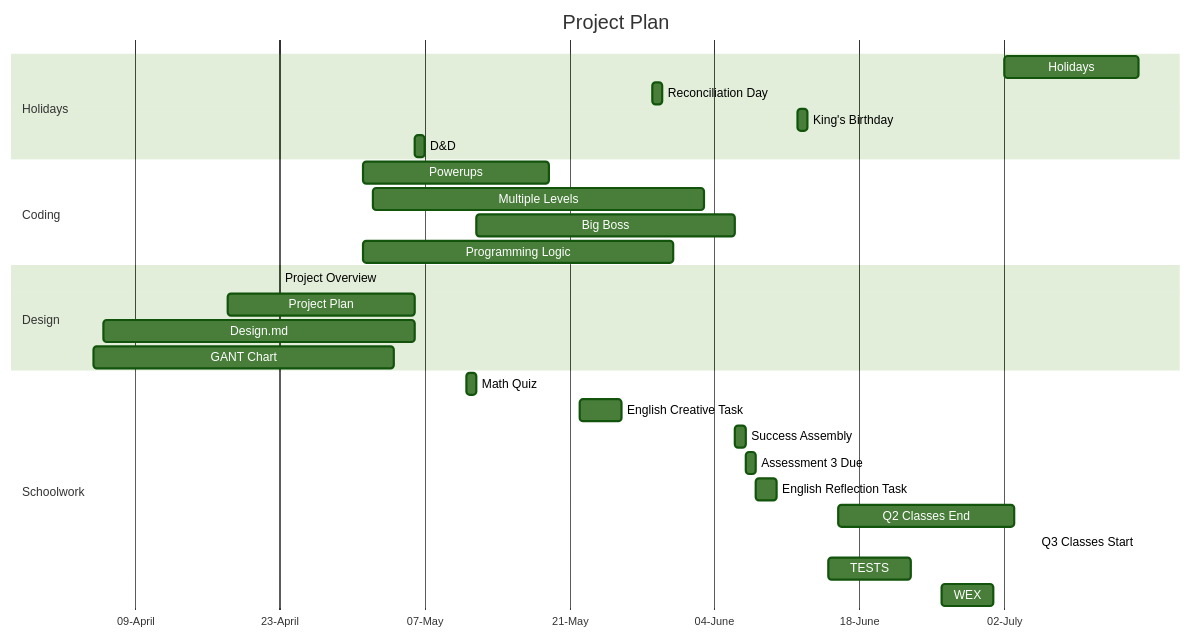
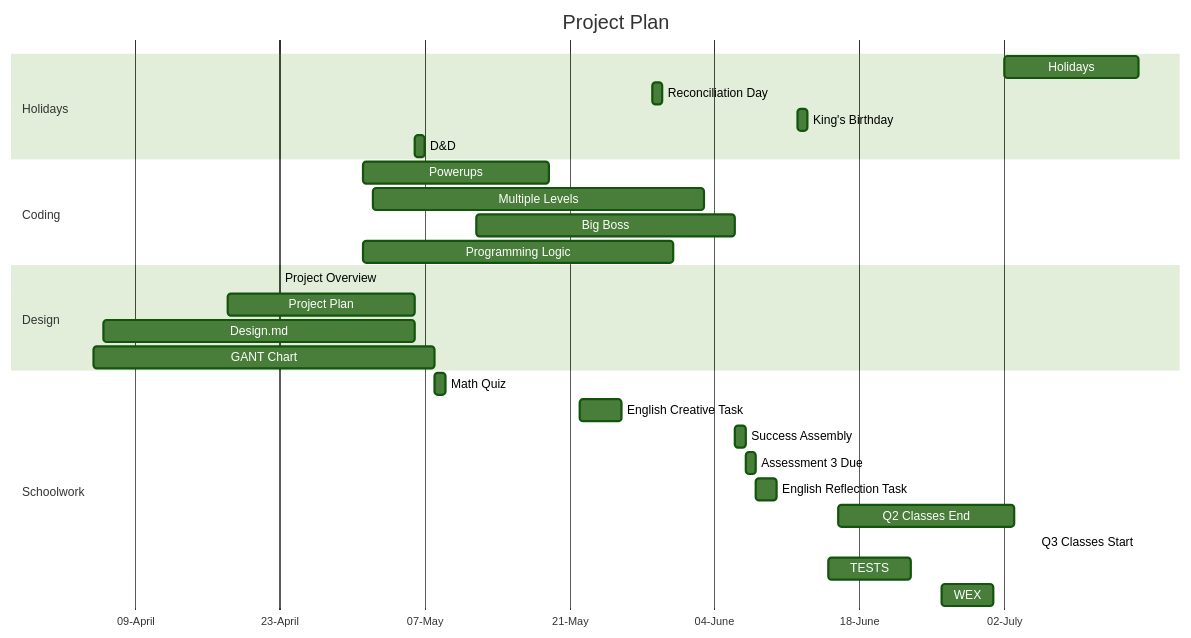
The second of 2 diagrams in design.md (0676693/Invade-Spacers), drawn with Mermaid (forest theme) before and after one commit. The commit also changed other lines of this file and 7 other files, not shown here.

````diff
--- a/design.md
+++ b/design.md
@@ -44,36 +45,36 @@
 ```mermaid
 gantt
     title Project Plan
 dateFormat DD-MM-YY
 axisFormat %d-%B
 tickInterval 2week
 
 section Holidays
 Holidays: 02-07-23, 15-07-23
 Reconciliation Day: 29-05-23, 1d
 King's Birthday: 12-06-23, 1d
 D&D: 06-05-23, 1d
 
 section Coding
 Powerups: 01-05-23, 19-05-23
 Multiple Levels: 02-05-23, 03-06-23
 Big Boss: 12-05-23, 06-06-23
 Programming Logic: 01-05-23, 30d
 
 section Design
 Project Overview:23-04-23, id
 Project Plan: 18-04-23, 06-05-23
 Design.md: 06-04-23, 06-05-23
-GANT Chart: 05-04-23, 04-05-23
+GANT Chart: 05-04-23, 08-05-23
 
 section Schoolwork
-Math Quiz: 11-05-23, 1d
+Math Quiz: 08-05-23, 1d
 English Creative Task: 22-05-23, 26-05-23
 Success Assembly: 06-06-23, 1d
 Assessment 3 Due: 07-06-23, 08-06-23
 English Reflection Task: 08-06-23, 2d
 Q2 Classes End: 16-06-23, 03-07-23
 Q3 Classes Start: 15-07-23, 15-07-23
 TESTS: 15-06-23, 23-06-23
 WEX: 26-06-23, 01-07-23
 ```
````
